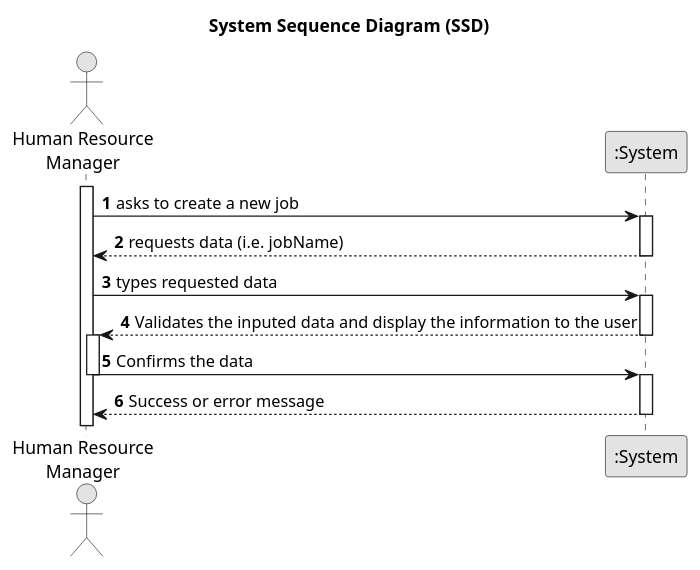
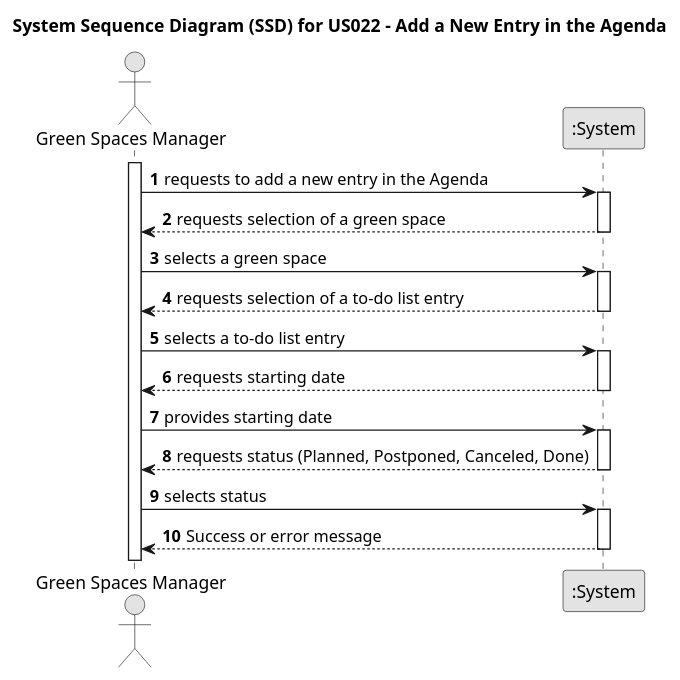
The diagram in docs/sprintC/us022/01.requirements-engineering/puml/us002-system-sequence-diagram.puml (Departamento-de-Engenharia-Informatica/greenspace-management), drawn with PlantUML before and after one commit. The commit also changed 9 other files, not shown here.

```diff
--- a/docs/sprintC/us022/01.requirements-engineering/puml/us002-system-sequence-diagram.puml
+++ b/docs/sprintC/us022/01.requirements-engineering/puml/us002-system-sequence-diagram.puml
@@ -1,36 +1,46 @@
 @startuml
 skinparam monochrome true
 skinparam packageStyle rectangle
 skinparam shadowing false
 
-title System Sequence Diagram (SSD)
+title System Sequence Diagram (SSD) for US022 - Add a New Entry in the Agenda
 
 autonumber
 
-actor "Human Resource\nManager" as HRM
+actor "Green Spaces Manager" as GSM
 participant ":System" as System
 
-activate HRM
 
-    HRM -> System : asks to create a new job
-    activate System
-        System --> HRM : requests data (i.e. jobName)
+activate GSM
 
-    deactivate System
+GSM -> System : requests to add a new entry in the Agenda
+activate System
+System --> GSM : requests selection of a green space
 
-    HRM -> System : types requested data
-    activate System
+deactivate System
 
-    System --> HRM : Validates the inputed data and display the information to the user
-    deactivate System
-    activate HRM
+GSM -> System : selects a green space
+activate System
+System --> GSM : requests selection of a to-do list entry
 
-    HRM -> System : Confirms the data
-    deactivate HRM
+deactivate System
 
-    activate System
-    System --> HRM : Success or error message
+GSM -> System : selects a to-do list entry
+activate System
+System --> GSM : requests starting date
 
-    deactivate System
+deactivate System
+
+GSM -> System : provides starting date
+activate System
+System --> GSM : requests status (Planned, Postponed, Canceled, Done)
+
+deactivate System
+
+GSM -> System : selects status
+activate System
+System --> GSM : Success or error message
+
+deactivate System
 
 @enduml
```
